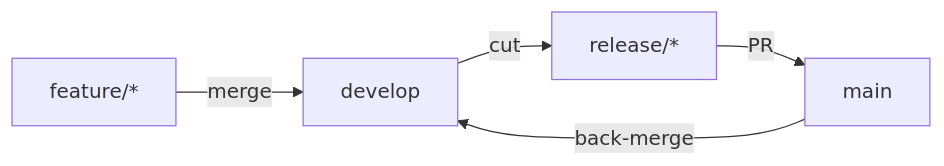
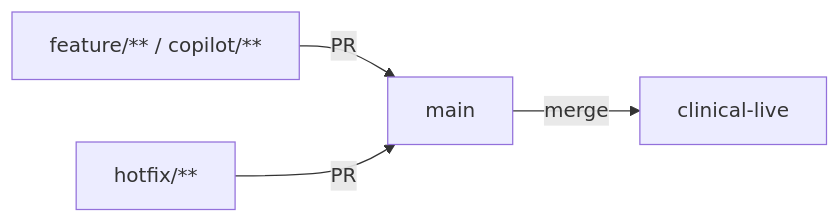
The first of 3 diagrams in docs/docs/cicd/index.md (bailey-medics/quillmedical), drawn with Mermaid before and after one commit. The commit also changed other lines of this file and 4 other files, not shown here.

````diff
--- a/docs/docs/cicd/index.md
+++ b/docs/docs/cicd/index.md
@@ -9,7 +9,6 @@
 ```mermaid
 graph LR
-    A[feature/*] -->|merge| B[develop]
-    B -->|cut| C[release/*]
-    C -->|PR| D[main]
-    D -->|back-merge| B
+    A["feature/** / copilot/**"] -->|PR| B[main]
+    C[hotfix/**] -->|PR| B
+    B -->|merge| D[clinical-live]
 ```
````
